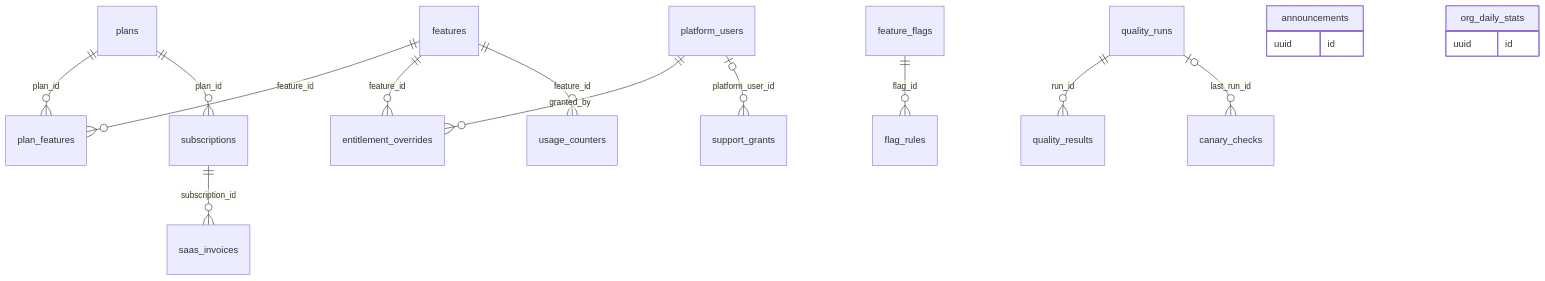
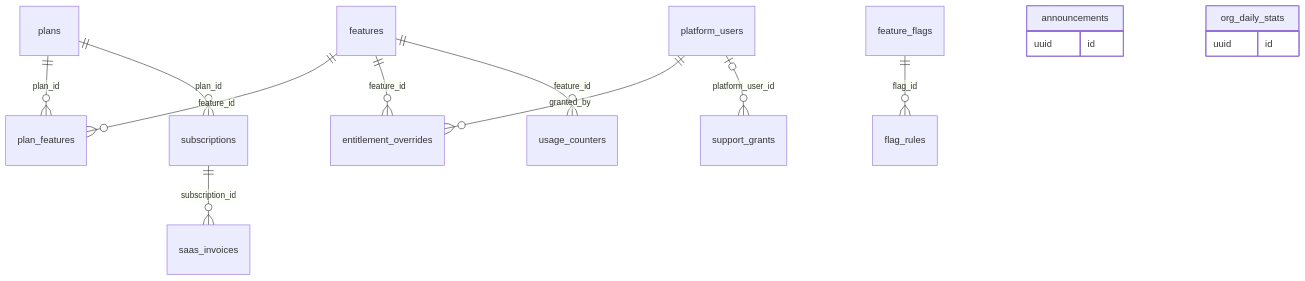
Before and after one commit to sakalyatechnologies/aarogyam: the second of 13 diagrams in docs/database.md, drawn with Mermaid. The commit also changed other lines of this file and 6 other files, not shown here.

First line of the commit message:
docs(schema): apply review outcomes to the database design

````diff
--- a/docs/database.md
+++ b/docs/database.md
@@ -121,20 +131,18 @@
 ```mermaid
 erDiagram
   plans ||--o{ plan_features : "plan_id"
   features ||--o{ plan_features : "feature_id"
   plans ||--o{ subscriptions : "plan_id"
   subscriptions ||--o{ saas_invoices : "subscription_id"
   features ||--o{ entitlement_overrides : "feature_id"
   platform_users ||--o{ entitlement_overrides : "granted_by"
   features ||--o{ usage_counters : "feature_id"
   feature_flags ||--o{ flag_rules : "flag_id"
   platform_users |o--o{ support_grants : "platform_user_id"
-  quality_runs ||--o{ quality_results : "run_id"
-  quality_runs |o--o{ canary_checks : "last_run_id"
   announcements {
     uuid id
   }
   org_daily_stats {
     uuid id
   }
 ```
````
